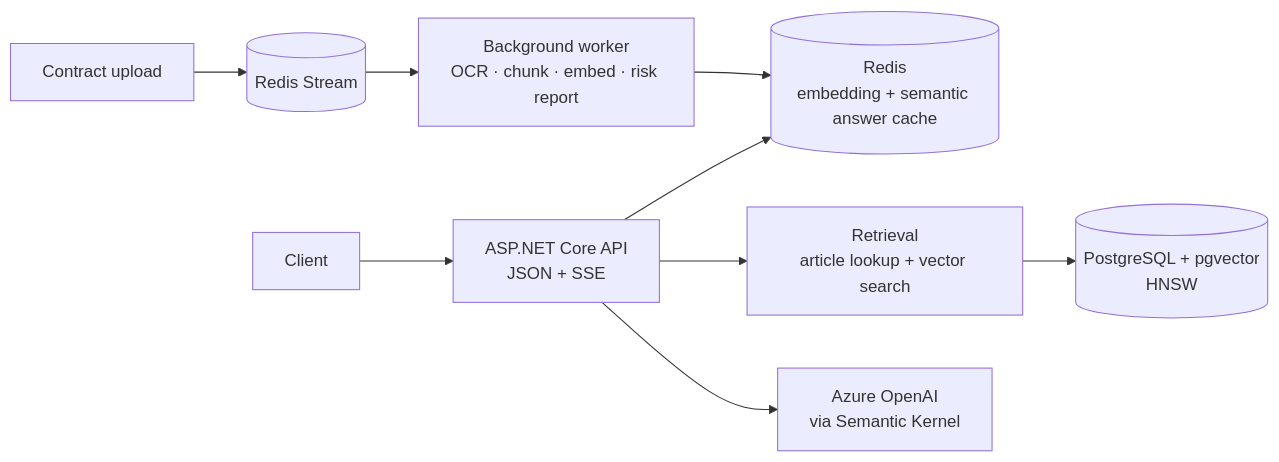
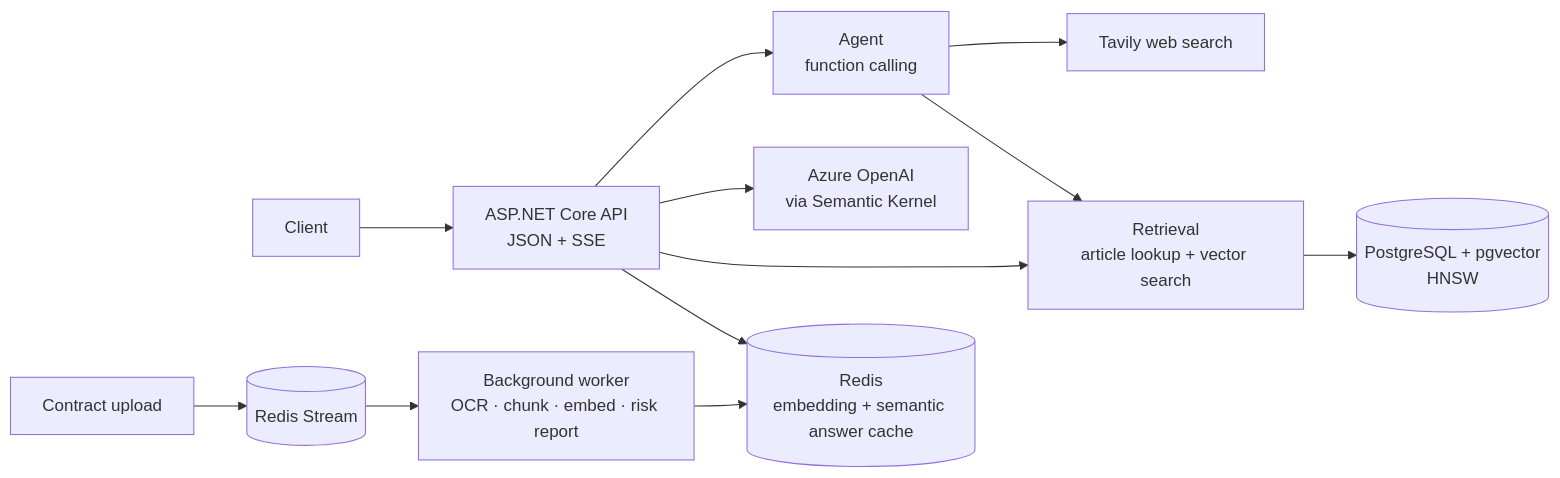
One commit to MetinTopcu/Hukuk.AI changed the diagram in README.md. Above: the diagram before and after it, drawn with Mermaid. The commit also changed other lines of this file, not shown here.

Commit message:
docs: add agent mode and its tool-choice results to README

````diff
--- a/README.md
+++ b/README.md
@@ -52,11 +55,14 @@
 ```mermaid
 flowchart LR
     Client --> API["ASP.NET Core API<br/>JSON + SSE"]
     API --> Cache[("Redis<br/>embedding + semantic answer cache")]
     API --> Retrieval["Retrieval<br/>article lookup + vector search"]
     Retrieval --> PG[("PostgreSQL + pgvector<br/>HNSW")]
     API --> LLM["Azure OpenAI<br/>via Semantic Kernel"]
+    API --> Agent["Agent<br/>function calling"]
+    Agent --> Retrieval
+    Agent --> Web["Tavily web search"]
     Upload["Contract upload"] --> Stream[("Redis Stream")]
     Stream --> Worker["Background worker<br/>OCR · chunk · embed · risk report"]
     Worker --> Cache
 ```
````
